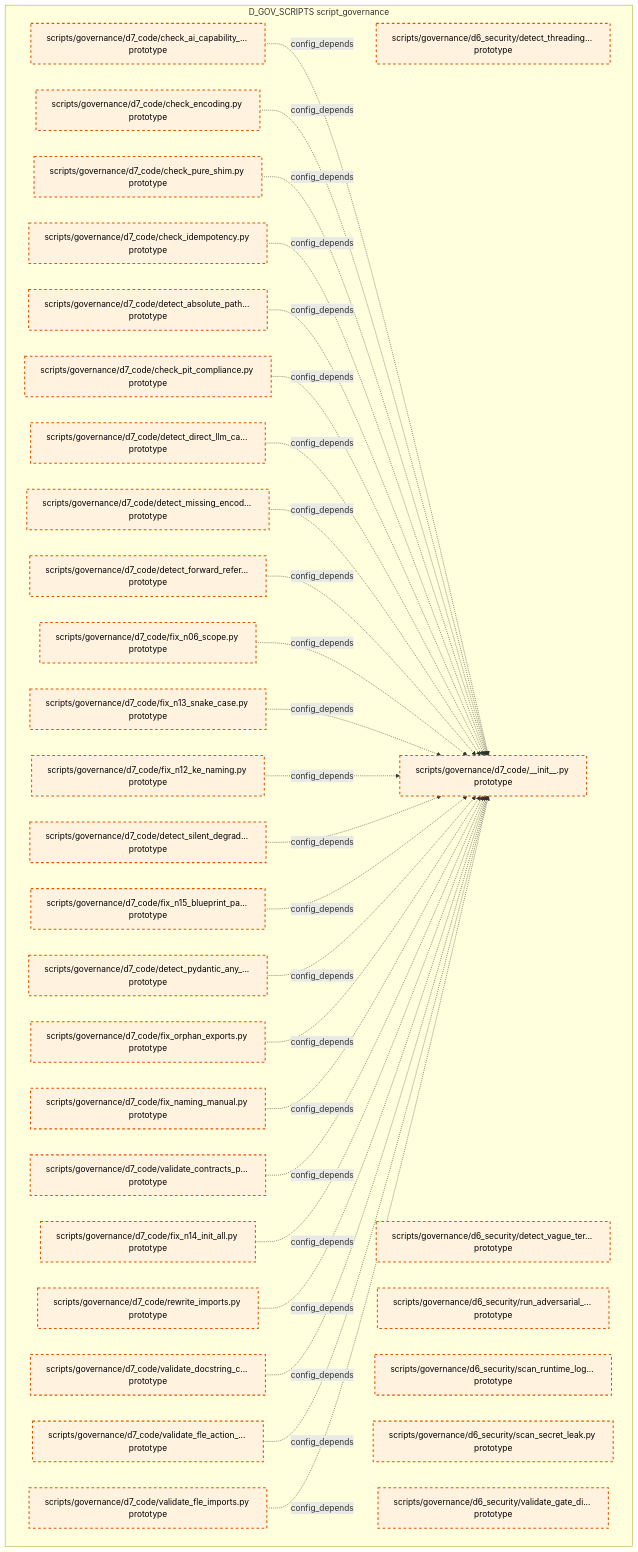
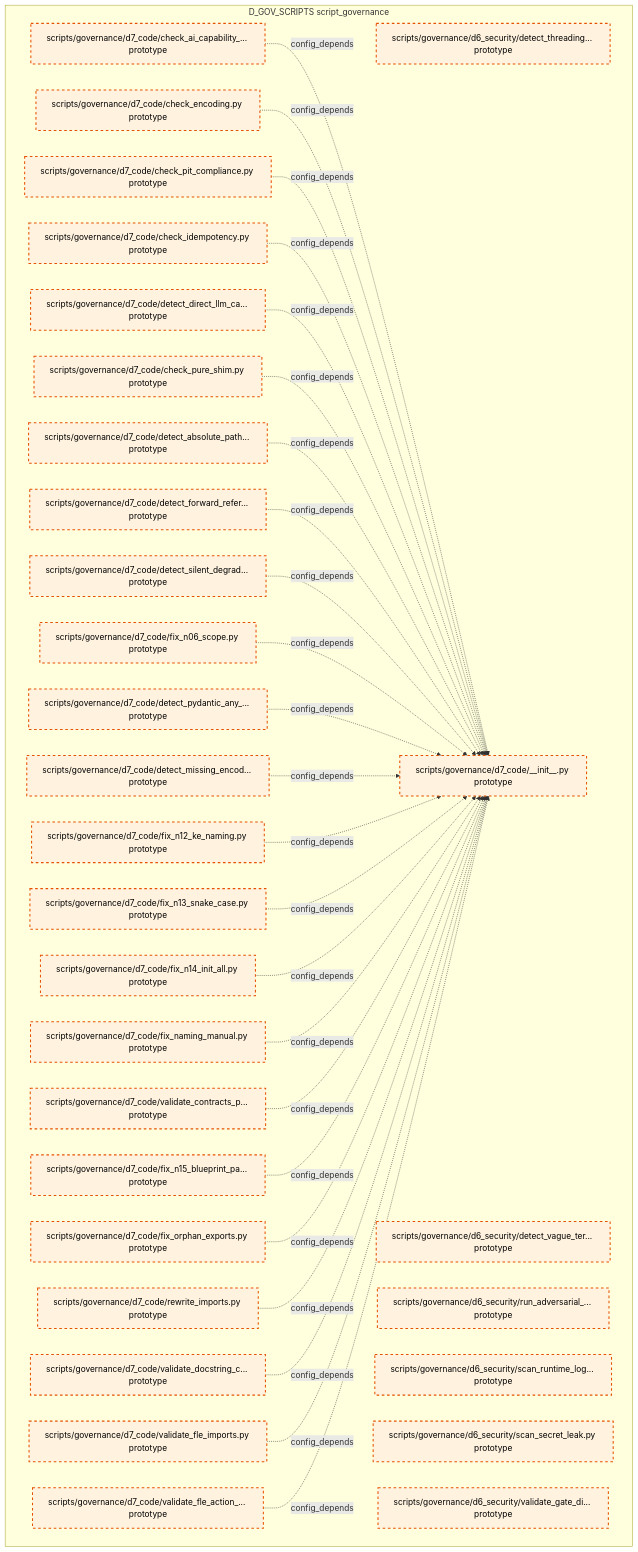
Before and after one commit to xuanFelixVan/ZephyrAlpha: the tenth of 15 diagrams in docs/02_enterprise_architecture/02_domain_architecture_docs/36_d_gov_scripts.md, drawn with Mermaid. The commit also changed other lines of this file and 99 other files, not shown here.

````diff
--- a/docs/02_enterprise_architecture/02_domain_architecture_docs/36_d_gov_scripts.md
+++ b/docs/02_enterprise_architecture/02_domain_architecture_docs/36_d_gov_scripts.md
@@ -689,63 +689,63 @@
 ```mermaid
 graph TD
     subgraph D_GOV_SCRIPTS["D_GOV_SCRIPTS script_governance"]
         scripts_governance_d6_security_detect_threading_lock_py["scripts/governance/d6_security/detect_threading... prototype"]
         scripts_governance_d6_security_detect_vague_terms_py["scripts/governance/d6_security/detect_vague_ter... prototype"]
         scripts_governance_d6_security_run_adversarial_checks_py["scripts/governance/d6_security/run_adversarial_... prototype"]
         scripts_governance_d6_security_scan_runtime_log_secrets_py["scripts/governance/d6_security/scan_runtime_log... prototype"]
         scripts_governance_d6_security_scan_secret_leak_py["scripts/governance/d6_security/scan_secret_leak.py prototype"]
         scripts_governance_d6_security_validate_gate_discipline_py["scripts/governance/d6_security/validate_gate_di... prototype"]
         scripts_governance_d7_code_init_py["scripts/governance/d7_code/__init__.py prototype"]
         scripts_governance_d7_code_check_ai_capability_boundary_py["scripts/governance/d7_code/check_ai_capability_... prototype"]
         scripts_governance_d7_code_check_encoding_py["scripts/governance/d7_code/check_encoding.py prototype"]
         scripts_governance_d7_code_check_idempotency_py["scripts/governance/d7_code/check_idempotency.py prototype"]
         scripts_governance_d7_code_check_pit_compliance_py["scripts/governance/d7_code/check_pit_compliance.py prototype"]
         scripts_governance_d7_code_check_pure_shim_py["scripts/governance/d7_code/check_pure_shim.py prototype"]
         scripts_governance_d7_code_detect_absolute_path_hardcoding_py["scripts/governance/d7_code/detect_absolute_path... prototype"]
         scripts_governance_d7_code_detect_direct_llm_calls_py["scripts/governance/d7_code/detect_direct_llm_ca... prototype"]
         scripts_governance_d7_code_detect_forward_reference_py["scripts/governance/d7_code/detect_forward_refer... prototype"]
         scripts_governance_d7_code_detect_missing_encoding_py["scripts/governance/d7_code/detect_missing_encod... prototype"]
         scripts_governance_d7_code_detect_pydantic_any_fields_py["scripts/governance/d7_code/detect_pydantic_any_... prototype"]
         scripts_governance_d7_code_detect_silent_degradation_py["scripts/governance/d7_code/detect_silent_degrad... prototype"]
         scripts_governance_d7_code_fix_n06_scope_py["scripts/governance/d7_code/fix_n06_scope.py prototype"]
         scripts_governance_d7_code_fix_n12_ke_naming_py["scripts/governance/d7_code/fix_n12_ke_naming.py prototype"]
         scripts_governance_d7_code_fix_n13_snake_case_py["scripts/governance/d7_code/fix_n13_snake_case.py prototype"]
         scripts_governance_d7_code_fix_n14_init_all_py["scripts/governance/d7_code/fix_n14_init_all.py prototype"]
         scripts_governance_d7_code_fix_n15_blueprint_path_py["scripts/governance/d7_code/fix_n15_blueprint_pa... prototype"]
         scripts_governance_d7_code_fix_naming_manual_py["scripts/governance/d7_code/fix_naming_manual.py prototype"]
         scripts_governance_d7_code_fix_orphan_exports_py["scripts/governance/d7_code/fix_orphan_exports.py prototype"]
         scripts_governance_d7_code_rewrite_imports_py["scripts/governance/d7_code/rewrite_imports.py prototype"]
         scripts_governance_d7_code_validate_contracts_purity_py["scripts/governance/d7_code/validate_contracts_p... prototype"]
         scripts_governance_d7_code_validate_docstring_coverage_py["scripts/governance/d7_code/validate_docstring_c... prototype"]
         scripts_governance_d7_code_validate_fle_action_metadata_py["scripts/governance/d7_code/validate_fle_action_... prototype"]
         scripts_governance_d7_code_validate_fle_imports_py["scripts/governance/d7_code/validate_fle_imports.py prototype"]
     end
     scripts_governance_d7_code_check_ai_capability_boundary_py -.->|config_depends| scripts_governance_d7_code_init_py
     scripts_governance_d7_code_check_encoding_py -.->|config_depends| scripts_governance_d7_code_init_py
+    scripts_governance_d7_code_check_pit_compliance_py -.->|config_depends| scripts_governance_d7_code_init_py
+    scripts_governance_d7_code_check_idempotency_py -.->|config_depends| scripts_governance_d7_code_init_py
+    scripts_governance_d7_code_detect_direct_llm_calls_py -.->|config_depends| scripts_governance_d7_code_init_py
     scripts_governance_d7_code_check_pure_shim_py -.->|config_depends| scripts_governance_d7_code_init_py
-    scripts_governance_d7_code_check_idempotency_py -.->|config_depends| scripts_governance_d7_code_init_py
     scripts_governance_d7_code_detect_absolute_path_hardcoding_py -.->|config_depends| scripts_governance_d7_code_init_py
-    scripts_governance_d7_code_check_pit_compliance_py -.->|config_depends| scripts_governance_d7_code_init_py
-    scripts_governance_d7_code_detect_direct_llm_calls_py -.->|config_depends| scripts_governance_d7_code_init_py
+    scripts_governance_d7_code_detect_forward_reference_py -.->|config_depends| scripts_governance_d7_code_init_py
+    scripts_governance_d7_code_detect_silent_degradation_py -.->|config_depends| scripts_governance_d7_code_init_py
+    scripts_governance_d7_code_fix_n06_scope_py -.->|config_depends| scripts_governance_d7_code_init_py
+    scripts_governance_d7_code_detect_pydantic_any_fields_py -.->|config_depends| scripts_governance_d7_code_init_py
     scripts_governance_d7_code_detect_missing_encoding_py -.->|config_depends| scripts_governance_d7_code_init_py
-    scripts_governance_d7_code_detect_forward_reference_py -.->|config_depends| scripts_governance_d7_code_init_py
-    scripts_governance_d7_code_fix_n06_scope_py -.->|config_depends| scripts_governance_d7_code_init_py
+    scripts_governance_d7_code_fix_n12_ke_naming_py -.->|config_depends| scripts_governance_d7_code_init_py
     scripts_governance_d7_code_fix_n13_snake_case_py -.->|config_depends| scripts_governance_d7_code_init_py
-    scripts_governance_d7_code_fix_n12_ke_naming_py -.->|config_depends| scripts_governance_d7_code_init_py
-    scripts_governance_d7_code_detect_silent_degradation_py -.->|config_depends| scripts_governance_d7_code_init_py
-    scripts_governance_d7_code_fix_n15_blueprint_path_py -.->|config_depends| scripts_governance_d7_code_init_py
-    scripts_governance_d7_code_detect_pydantic_any_fields_py -.->|config_depends| scripts_governance_d7_code_init_py
-    scripts_governance_d7_code_fix_orphan_exports_py -.->|config_depends| scripts_governance_d7_code_init_py
+    scripts_governance_d7_code_fix_n14_init_all_py -.->|config_depends| scripts_governance_d7_code_init_py
     scripts_governance_d7_code_fix_naming_manual_py -.->|config_depends| scripts_governance_d7_code_init_py
     scripts_governance_d7_code_validate_contracts_purity_py -.->|config_depends| scripts_governance_d7_code_init_py
-    scripts_governance_d7_code_fix_n14_init_all_py -.->|config_depends| scripts_governance_d7_code_init_py
+    scripts_governance_d7_code_fix_n15_blueprint_path_py -.->|config_depends| scripts_governance_d7_code_init_py
+    scripts_governance_d7_code_fix_orphan_exports_py -.->|config_depends| scripts_governance_d7_code_init_py
     scripts_governance_d7_code_rewrite_imports_py -.->|config_depends| scripts_governance_d7_code_init_py
     scripts_governance_d7_code_validate_docstring_coverage_py -.->|config_depends| scripts_governance_d7_code_init_py
+    scripts_governance_d7_code_validate_fle_imports_py -.->|config_depends| scripts_governance_d7_code_init_py
     scripts_governance_d7_code_validate_fle_action_metadata_py -.->|config_depends| scripts_governance_d7_code_init_py
-    scripts_governance_d7_code_validate_fle_imports_py -.->|config_depends| scripts_governance_d7_code_init_py
     classDef production fill:#e1f5fe,stroke:#01579b,stroke-width:2px,color:#000
     classDef design fill:#fff3e0,stroke:#e65100,stroke-width:2px,color:#000,stroke-dasharray: 5 5
     classDef external_prod fill:#e8f5e9,stroke:#1b5e20,stroke-width:1px,color:#000
     classDef external_design fill:#fce4ec,stroke:#880e4f,stroke-width:1px,color:#000,stroke-dasharray: 5 5
     class scripts_governance_d6_security_detect_threading_lock_py,scripts_governance_d6_security_detect_vague_terms_py,scripts_governance_d6_security_run_adversarial_checks_py,scripts_governance_d6_security_scan_runtime_log_secrets_py,scripts_governance_d6_security_scan_secret_leak_py,scripts_governance_d6_security_validate_gate_discipline_py,scripts_governance_d7_code_init_py,scripts_governance_d7_code_check_ai_capability_boundary_py,scripts_governance_d7_code_check_encoding_py,scripts_governance_d7_code_check_idempotency_py,scripts_governance_d7_code_check_pit_compliance_py,scripts_governance_d7_code_check_pure_shim_py,scripts_governance_d7_code_detect_absolute_path_hardcoding_py,scripts_governance_d7_code_detect_direct_llm_calls_py,scripts_governance_d7_code_detect_forward_reference_py,scripts_governance_d7_code_detect_missing_encoding_py,scripts_governance_d7_code_detect_pydantic_any_fields_py,scripts_governance_d7_code_detect_silent_degradation_py,scripts_governance_d7_code_fix_n06_scope_py,scripts_governance_d7_code_fix_n12_ke_naming_py,scripts_governance_d7_code_fix_n13_snake_case_py,scripts_governance_d7_code_fix_n14_init_all_py,scripts_governance_d7_code_fix_n15_blueprint_path_py,scripts_governance_d7_code_fix_naming_manual_py,scripts_governance_d7_code_fix_orphan_exports_py,scripts_governance_d7_code_rewrite_imports_py,scripts_governance_d7_code_validate_contracts_purity_py,scripts_governance_d7_code_validate_docstring_coverage_py,scripts_governance_d7_code_validate_fle_action_metadata_py,scripts_governance_d7_code_validate_fle_imports_py design
 ```
````
